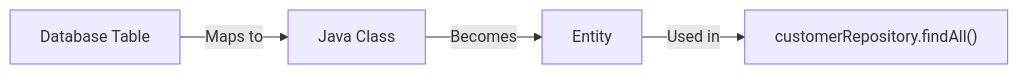
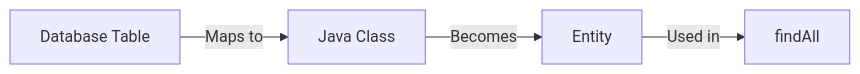
One commit to stravos97/java-documentation-notes changed the first of 6 diagrams in Nish Lessons - Q&A's/SpringBoot/Entities in Springboot.md. Above: the diagram before and after it, drawn with Mermaid. The commit also changed other lines of this file and 8 other files, not shown here.

Commit message:
fix mermaid diagrams

````diff
--- a/Nish Lessons - Q&A's/SpringBoot/Entities in Springboot.md
+++ b/Nish Lessons - Q&A's/SpringBoot/Entities in Springboot.md
@@ -14,6 +14,6 @@
 ```mermaid
 flowchart LR
     A[Database Table] -->|Maps to| B[Java Class]
     B -->|Becomes| C[Entity]
-    C -->|Used in| D["customerRepository.findAll()"]
+    C -->|Used in| D[findAll]
 ```
````
